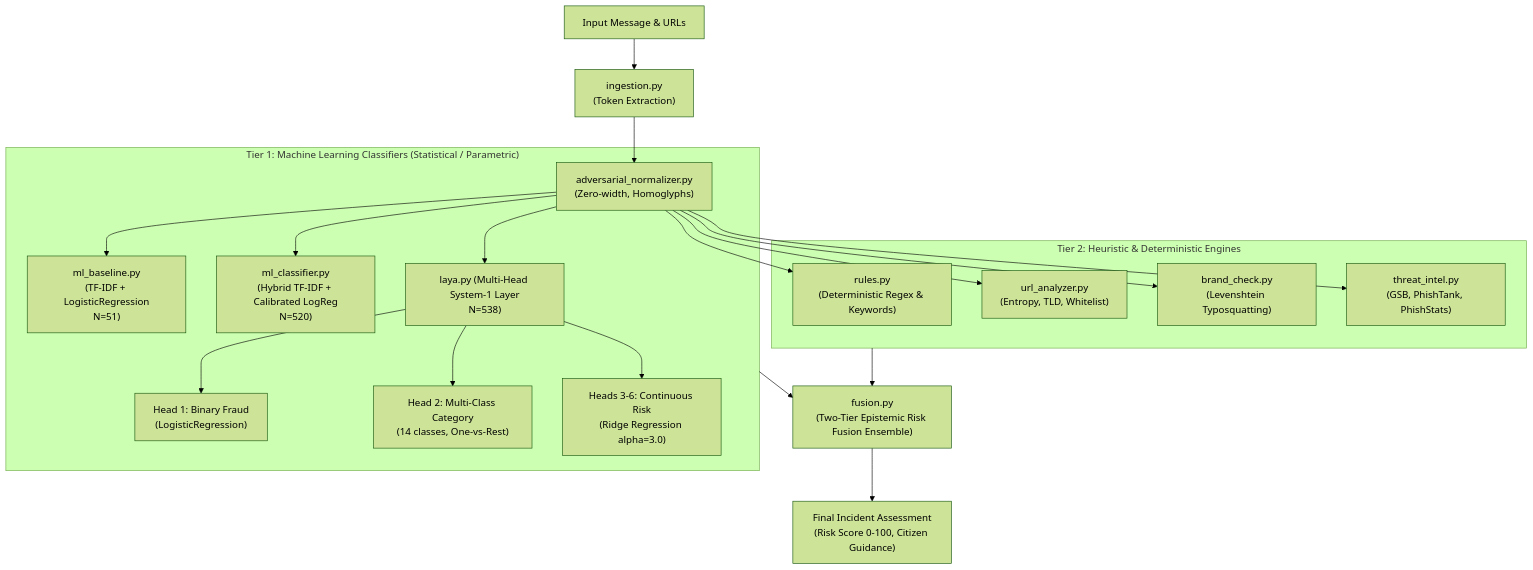
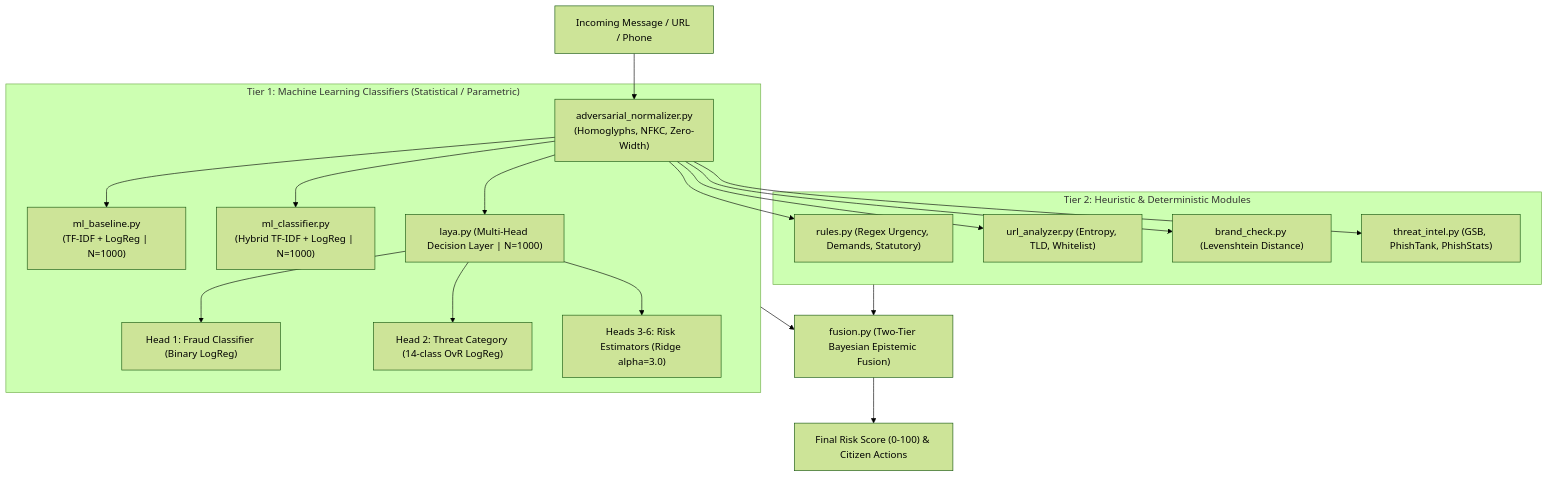
One commit to ShafinNigamana/Cyberkawach_Hackathon_unoffical changed the diagram in evaluation/MODEL_EVALUATION_REPORT.md. Above: the diagram before and after it, drawn with Mermaid (forest theme). The commit also changed other lines of this file and 11 other files, not shown here.

````diff
--- a/evaluation/MODEL_EVALUATION_REPORT.md
+++ b/evaluation/MODEL_EVALUATION_REPORT.md
@@ -26,25 +33,24 @@
 ```mermaid
 flowchart TD
-    RawMsg["Input Message & URLs"] --> Ingestion["ingestion.py\n(Token Extraction)"]
-    Ingestion --> AdvNorm["adversarial_normalizer.py\n(Zero-width, Homoglyphs)"]
-    
+    Msg["Incoming Message / URL / Phone"] --> Normalizer["adversarial_normalizer.py\n(Homoglyphs, NFKC, Zero-Width)"]
+
     subgraph Tier1_ML ["Tier 1: Machine Learning Classifiers (Statistical / Parametric)"]
-        AdvNorm --> MLBase["ml_baseline.py\n(TF-IDF + LogisticRegression\nN=51)"]
-        AdvNorm --> MLClf["ml_classifier.py\n(Hybrid TF-IDF + Calibrated LogReg\nN=520)"]
-        AdvNorm --> Laya["laya.py (Multi-Head System-1 Layer\nN=538)"]
-        Laya --> LayaH1["Head 1: Binary Fraud\n(LogisticRegression)"]
-        Laya --> LayaH2["Head 2: Multi-Class Category\n(14 classes, One-vs-Rest)"]
-        Laya --> LayaH36["Heads 3-6: Continuous Risk\n(Ridge Regression alpha=3.0)"]
+        Normalizer --> MLBase["ml_baseline.py\n(TF-IDF + LogReg | N=1000)"]
+        Normalizer --> MLClf["ml_classifier.py\n(Hybrid TF-IDF + LogReg | N=1000)"]
+        Normalizer --> Laya["laya.py (Multi-Head Decision Layer | N=1000)"]
+        Laya --> H1["Head 1: Fraud Classifier (Binary LogReg)"]
+        Laya --> H2["Head 2: Threat Category (14-class OvR LogReg)"]
+        Laya --> H36["Heads 3-6: Risk Estimators (Ridge alpha=3.0)"]
     end
-    
-    subgraph Tier2_Rules ["Tier 2: Heuristic & Deterministic Engines"]
-        AdvNorm --> Rules["rules.py\n(Deterministic Regex & Keywords)"]
-        AdvNorm --> URLAnal["url_analyzer.py\n(Entropy, TLD, Whitelist)"]
-        AdvNorm --> Brand["brand_check.py\n(Levenshtein Typosquatting)"]
-        AdvNorm --> Feeds["threat_intel.py\n(GSB, PhishTank, PhishStats)"]
+
+    subgraph Tier2_Rules ["Tier 2: Heuristic & Deterministic Modules"]
+        Normalizer --> Rules["rules.py (Regex Urgency, Demands, Statutory)"]
+        Normalizer --> URLMod["url_analyzer.py (Entropy, TLD, Whitelist)"]
+        Normalizer --> BrandMod["brand_check.py (Levenshtein Distance)"]
+        Normalizer --> Feeds["threat_intel.py (GSB, PhishTank, PhishStats)"]
     end
-    
-    Tier1_ML --> Fusion["fusion.py\n(Two-Tier Epistemic Risk Fusion Ensemble)"]
+
+    Tier1_ML --> Fusion["fusion.py (Two-Tier Bayesian Epistemic Fusion)"]
     Tier2_Rules --> Fusion
-    Fusion --> FusedRisk["Final Incident Assessment\n(Risk Score 0-100, Citizen Guidance)"]
+    Fusion --> IncidentOutput["Final Risk Score (0-100) & Citizen Actions"]
 ```
````
